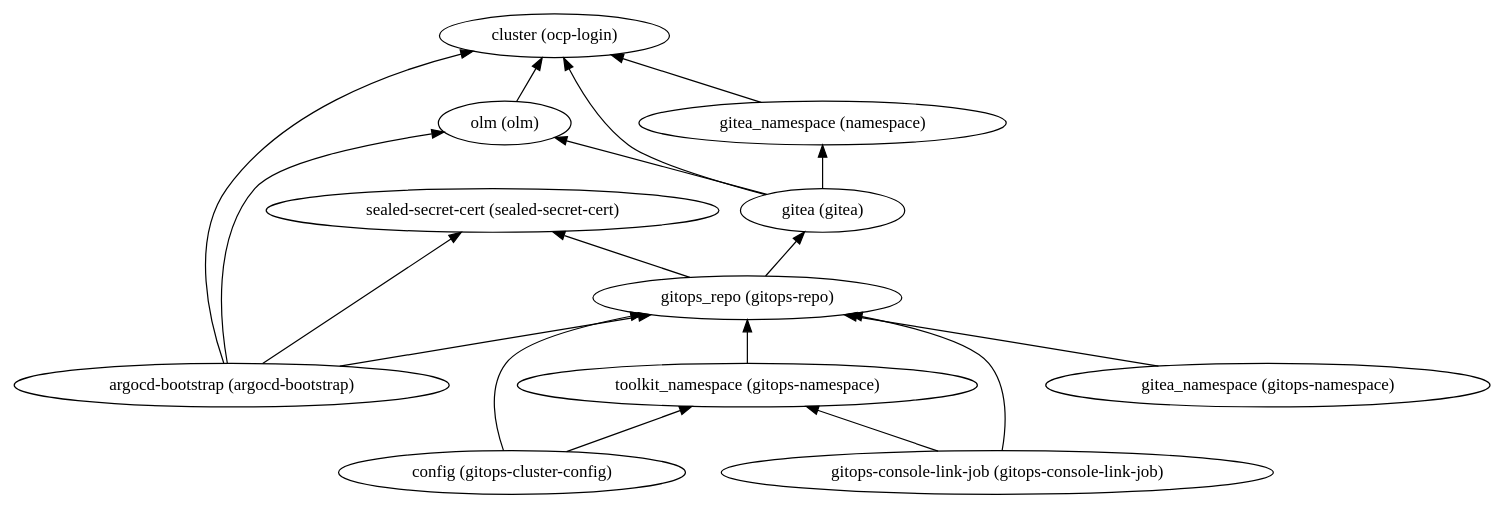
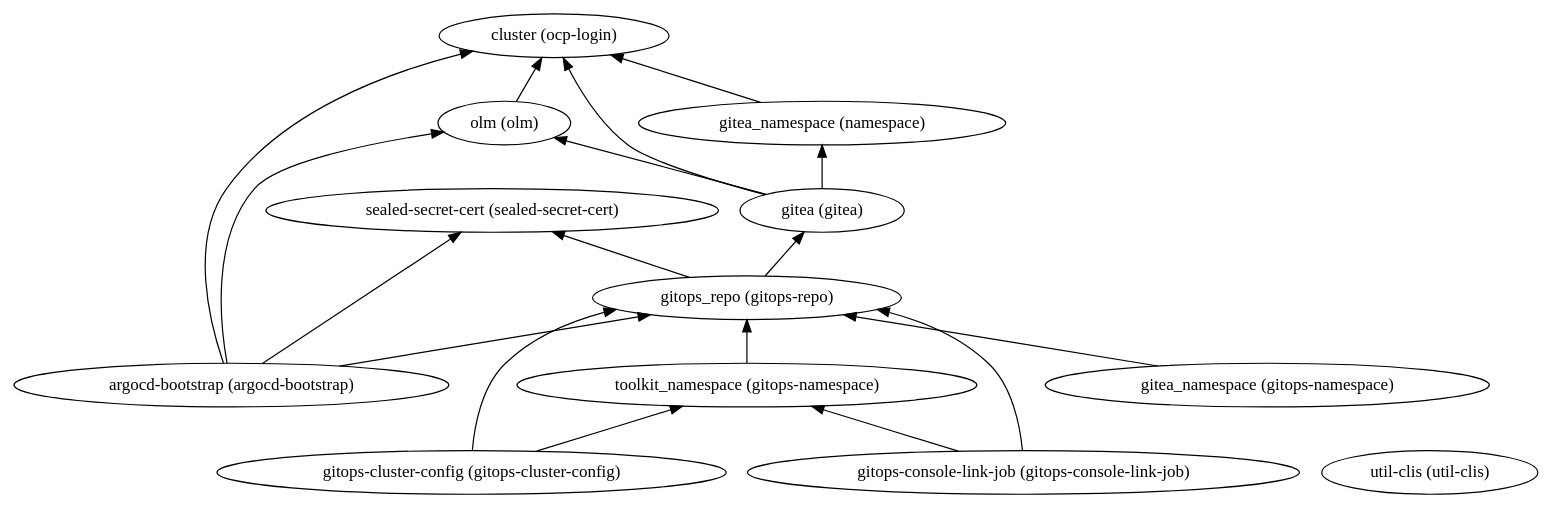
Before and after one commit to IBM/automation-maximo-app-suite: the diagram in 200-openshift-gitops/dependencies.dot, drawn with Graphviz. The commit also changed 63 other files, not shown here.

```diff
--- a/200-openshift-gitops/dependencies.dot
+++ b/200-openshift-gitops/dependencies.dot
@@ -1,31 +1,32 @@
 digraph {
     rankdir="BT"
     "gitea (gitea)" -> "cluster (ocp-login)"
 "gitea (gitea)" -> "olm (olm)"
 "gitea (gitea)" -> "gitea_namespace (namespace)"
 "gitea (gitea)"
 "cluster (ocp-login)"
 "olm (olm)" -> "cluster (ocp-login)"
 "olm (olm)"
 "gitea_namespace (namespace)" -> "cluster (ocp-login)"
 "gitea_namespace (namespace)"
-"config (gitops-cluster-config)" -> "gitops_repo (gitops-repo)"
-"config (gitops-cluster-config)" -> "toolkit_namespace (gitops-namespace)"
-"config (gitops-cluster-config)"
+"gitops-cluster-config (gitops-cluster-config)" -> "gitops_repo (gitops-repo)"
+"gitops-cluster-config (gitops-cluster-config)" -> "toolkit_namespace (gitops-namespace)"
+"gitops-cluster-config (gitops-cluster-config)"
 "gitops_repo (gitops-repo)" -> "sealed-secret-cert (sealed-secret-cert)"
 "gitops_repo (gitops-repo)" -> "gitea (gitea)"
 "gitops_repo (gitops-repo)"
 "sealed-secret-cert (sealed-secret-cert)"
 "toolkit_namespace (gitops-namespace)" -> "gitops_repo (gitops-repo)"
 "toolkit_namespace (gitops-namespace)"
 "gitops-console-link-job (gitops-console-link-job)" -> "gitops_repo (gitops-repo)"
 "gitops-console-link-job (gitops-console-link-job)" -> "toolkit_namespace (gitops-namespace)"
 "gitops-console-link-job (gitops-console-link-job)"
 "gitea_namespace (gitops-namespace)" -> "gitops_repo (gitops-repo)"
 "gitea_namespace (gitops-namespace)"
 "argocd-bootstrap (argocd-bootstrap)" -> "cluster (ocp-login)"
 "argocd-bootstrap (argocd-bootstrap)" -> "olm (olm)"
 "argocd-bootstrap (argocd-bootstrap)" -> "gitops_repo (gitops-repo)"
 "argocd-bootstrap (argocd-bootstrap)" -> "sealed-secret-cert (sealed-secret-cert)"
 "argocd-bootstrap (argocd-bootstrap)"
+"util-clis (util-clis)"
   }
```
